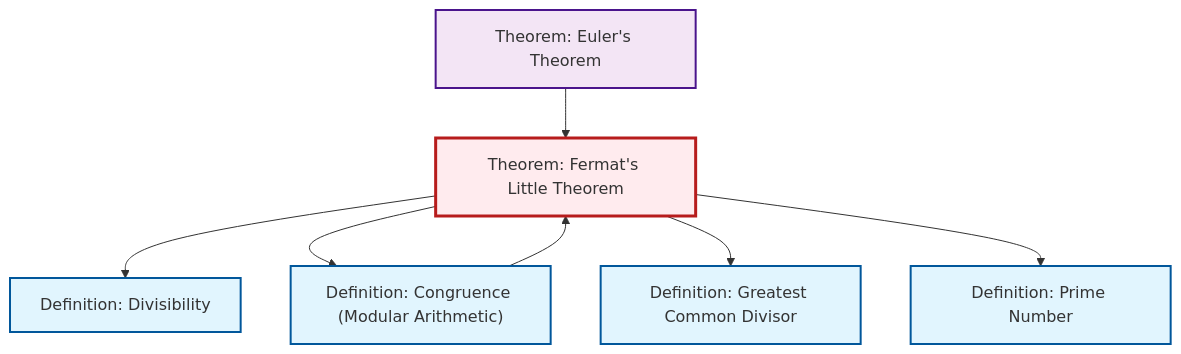
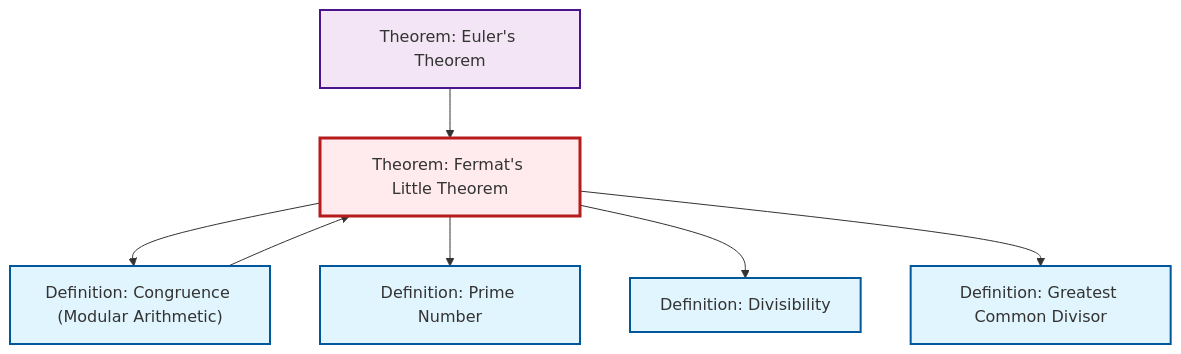
The diagram in content/en/number-theory/thm-fermat-little.qmd (RK0429/ModernMath), drawn with Mermaid before and after one commit. The commit also changed other lines of this file and 554 other files, not shown here.

````diff
--- a/content/en/number-theory/thm-fermat-little.qmd
+++ b/content/en/number-theory/thm-fermat-little.qmd
@@ -89,27 +89,27 @@
 ```{mermaid}
 %%| fig-cap: "Local dependency graph"
 graph TD
     classDef definition fill:#e1f5fe,stroke:#01579b,stroke-width:2px
     classDef theorem fill:#f3e5f5,stroke:#4a148c,stroke-width:2px
     classDef axiom fill:#fff3e0,stroke:#e65100,stroke-width:2px
     classDef example fill:#e8f5e9,stroke:#1b5e20,stroke-width:2px
     classDef current fill:#ffebee,stroke:#b71c1c,stroke-width:3px
+    def-prime["Definition: Prime Number"]:::definition
     def-divisibility["Definition: Divisibility"]:::definition
     thm-euler["Theorem: Euler's Theorem"]:::theorem
     thm-fermat-little["Theorem: Fermat's Little Theorem"]:::theorem
     def-congruence["Definition: Congruence (Modular Arithmetic)"]:::definition
     def-gcd["Definition: Greatest Common Divisor"]:::definition
-    def-prime["Definition: Prime Number"]:::definition
+    thm-fermat-little --> def-congruence
+    thm-fermat-little --> def-prime
     thm-fermat-little --> def-divisibility
     thm-euler --> thm-fermat-little
     def-congruence --> thm-fermat-little
-    thm-fermat-little --> def-congruence
     thm-fermat-little --> def-gcd
-    thm-fermat-little --> def-prime
     class thm-fermat-little current
+    click def-prime "def-prime.html" "Go to Prime Number definition"
     click def-divisibility "def-divisibility.html" "Go to Divisibility definition"
     click thm-euler "thm-euler.html" "Go to Euler's Theorem theorem"
     click def-congruence "def-congruence.html" "Go to Congruence (Modular Arithmetic) definition"
     click def-gcd "def-gcd.html" "Go to Greatest Common Divisor definition"
-    click def-prime "def-prime.html" "Go to Prime Number definition"
 ```
````
